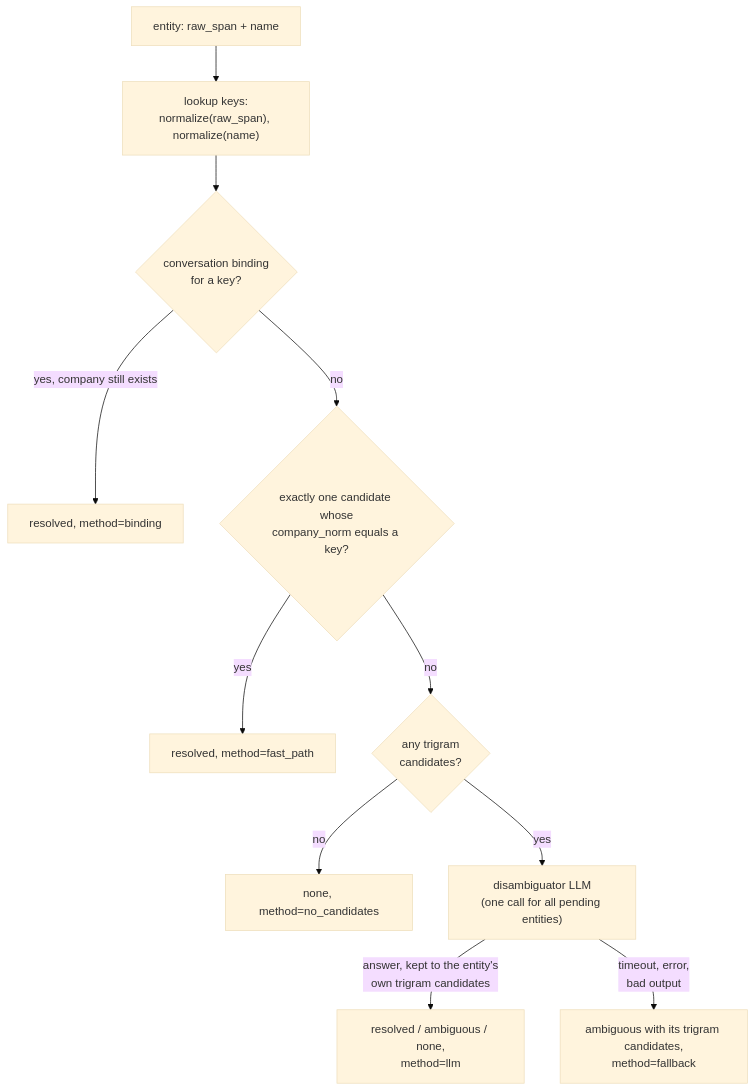
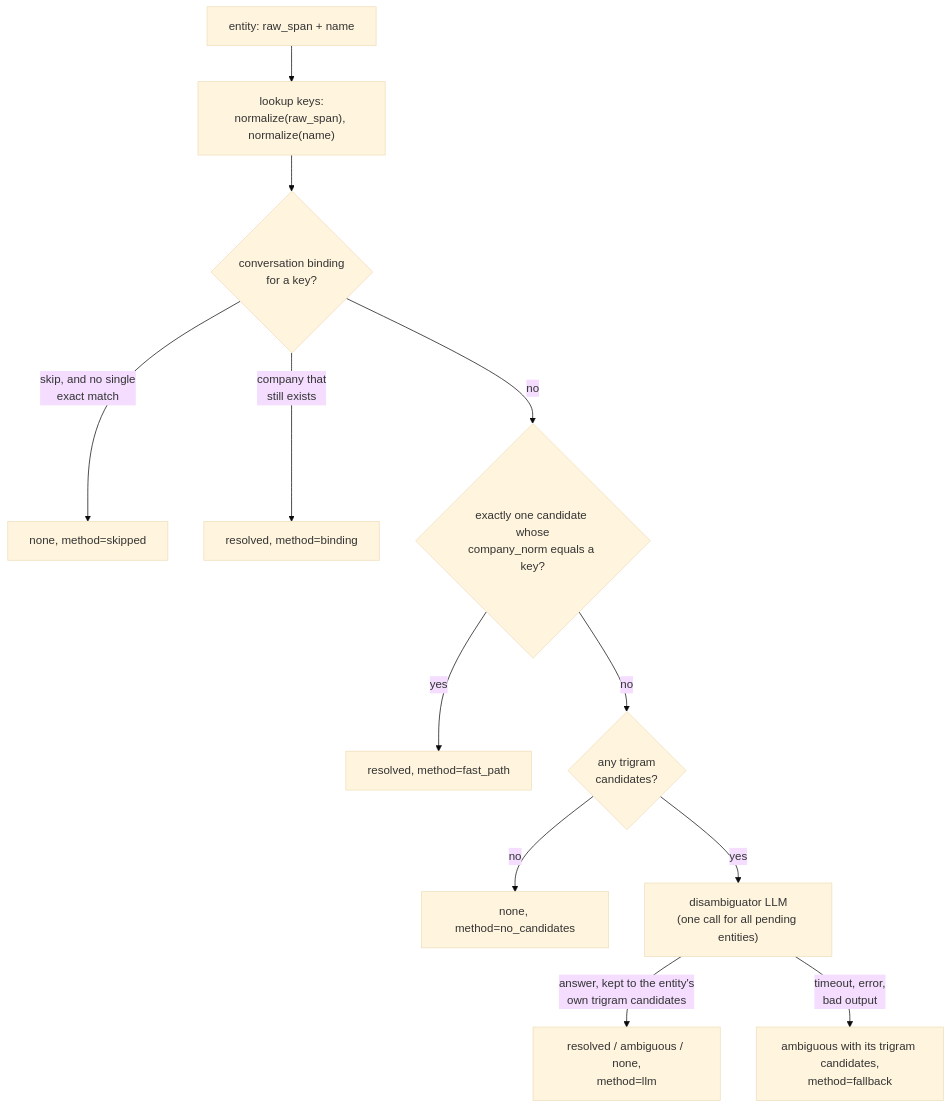
One commit to akimalikhanov/ai_financial_copilot changed the third of 5 diagrams in docs/prod_docs/scope_resolution.md. Above: the diagram before and after it, drawn with Mermaid (base theme). The commit also changed other lines of this file and 29 other files, not shown here.

````diff
--- a/docs/prod_docs/scope_resolution.md
+++ b/docs/prod_docs/scope_resolution.md
@@ -302,13 +306,14 @@
 ```mermaid
 flowchart TD
     E["entity: raw_span + name"] --> K["lookup keys:<br/>normalize(raw_span), normalize(name)"]
     K --> B{"conversation binding<br/>for a key?"}
-    B -->|"yes, company still exists"| RB["resolved, method=binding"]
+    B -->|"skip, and no single<br/>exact match"| RS["none, method=skipped"]
+    B -->|"company that<br/>still exists"| RB["resolved, method=binding"]
     B -->|"no"| X{"exactly one candidate whose<br/>company_norm equals a key?"}
     X -->|"yes"| RF["resolved, method=fast_path"]
     X -->|"no"| P{"any trigram<br/>candidates?"}
     P -->|"no"| RN["none, method=no_candidates"]
     P -->|"yes"| D["disambiguator LLM<br/>(one call for all pending entities)"]
     D -->|"answer, kept to the entity's<br/>own trigram candidates"| RL["resolved / ambiguous / none,<br/>method=llm"]
     D -->|"timeout, error,<br/>bad output"| RFB["ambiguous with its trigram candidates,<br/>method=fallback"]
 ```
````
